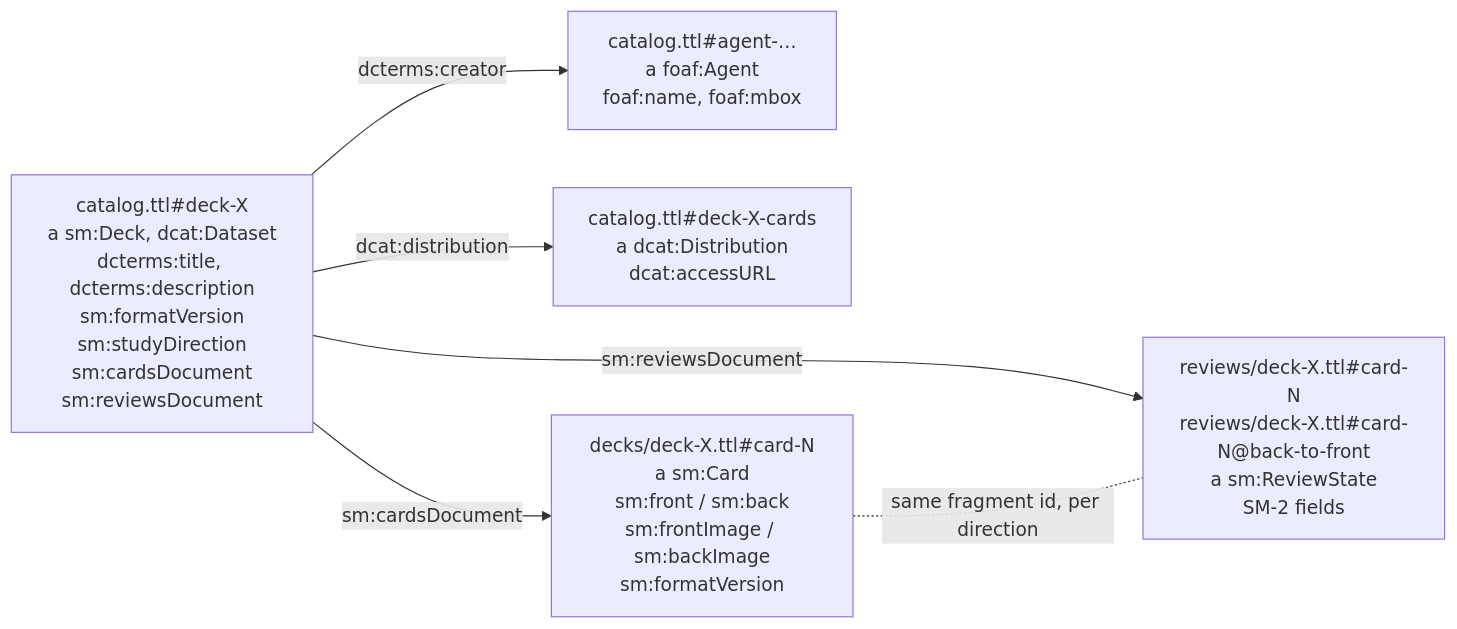
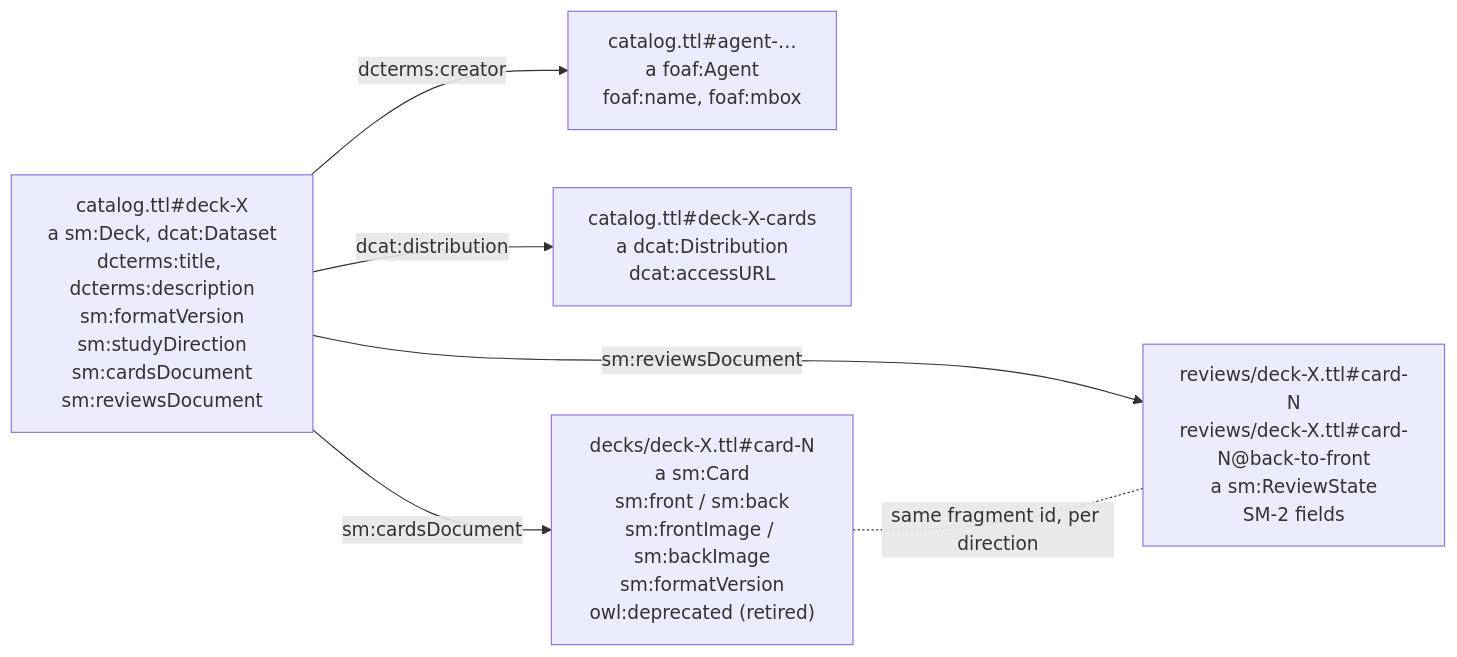
Before and after one commit to antwika/solid-memo: the third of 3 diagrams in docs/data-model.md, drawn with Mermaid. The commit also changed other lines of this file and 53 other files, not shown here.

````diff
--- a/docs/data-model.md
+++ b/docs/data-model.md
@@ -101,13 +102,13 @@
 ```mermaid
 graph LR
     C["catalog.ttl#deck-X<br/>a sm:Deck, dcat:Dataset<br/>dcterms:title, dcterms:description<br/>sm:formatVersion<br/>sm:studyDirection<br/>sm:cardsDocument<br/>sm:reviewsDocument"]
     A["catalog.ttl#agent-…<br/>a foaf:Agent<br/>foaf:name, foaf:mbox"]
     X["catalog.ttl#deck-X-cards<br/>a dcat:Distribution<br/>dcat:accessURL"]
     C -->|dcterms:creator| A
     C -->|dcat:distribution| X
-    D["decks/deck-X.ttl#card-N<br/>a sm:Card<br/>sm:front / sm:back<br/>sm:frontImage / sm:backImage<br/>sm:formatVersion"]
+    D["decks/deck-X.ttl#card-N<br/>a sm:Card<br/>sm:front / sm:back<br/>sm:frontImage / sm:backImage<br/>sm:formatVersion<br/>owl:deprecated (retired)"]
     R["reviews/deck-X.ttl#card-N<br/>reviews/deck-X.ttl#card-N@back-to-front<br/>a sm:ReviewState<br/>SM-2 fields"]
     C -->|sm:cardsDocument| D
     C -->|sm:reviewsDocument| R
     D -. same fragment id, per direction .- R
 ```
````
